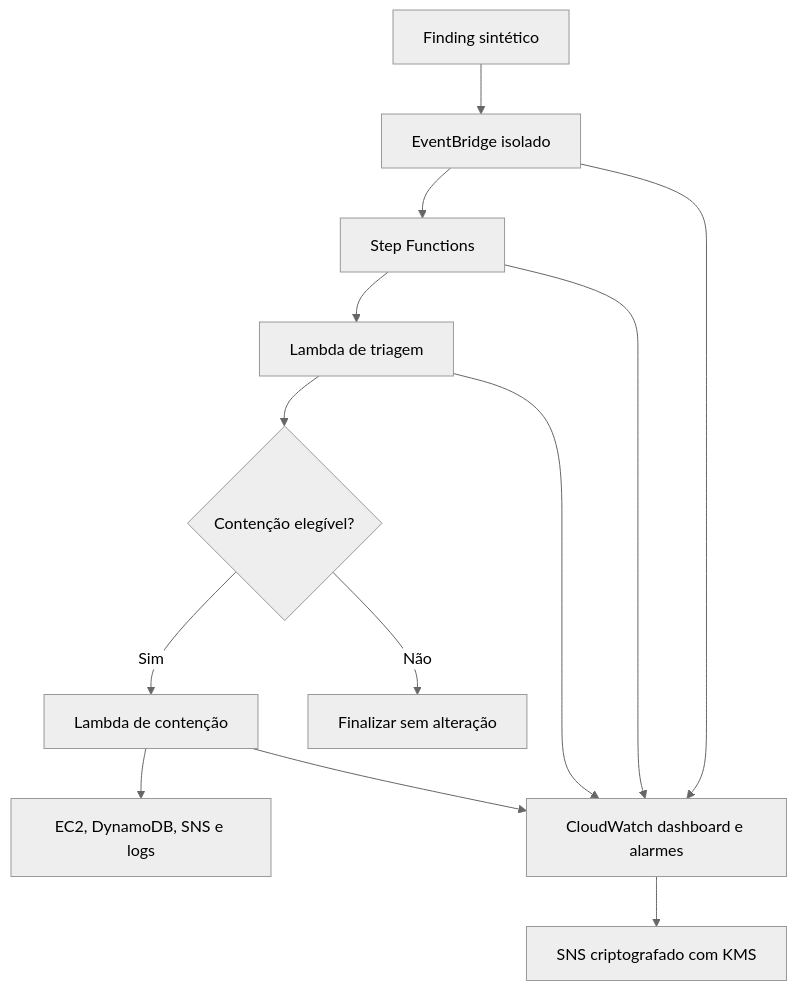
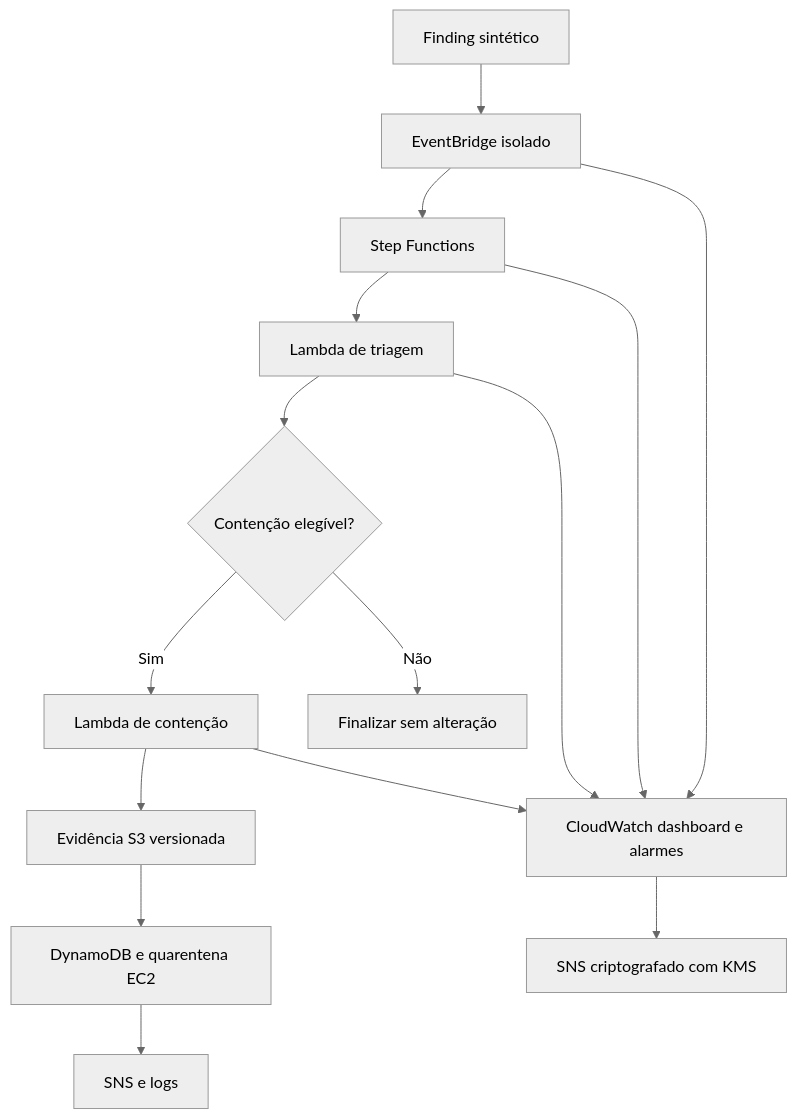
Before and after one commit to salenrod/aws-cloud-ir-automation-lab: the diagram in README.md, drawn with Mermaid (neutral theme). The commit also changed other lines of this file and 7 other files, not shown here.

````diff
--- a/README.md
+++ b/README.md
@@ -40,15 +42,17 @@
 ```mermaid
 flowchart TD
     A["Finding sintético"] --> B["EventBridge isolado"]
     B --> C["Step Functions"]
     C --> D["Lambda de triagem"]
     D --> E{"Contenção elegível?"}
     E -->|Sim| F["Lambda de contenção"]
     E -->|Não| G["Finalizar sem alteração"]
-    F --> H["EC2, DynamoDB, SNS e logs"]
+    F --> H["Evidência S3 versionada"]
+    H --> K["DynamoDB e quarentena EC2"]
+    K --> L["SNS e logs"]
     B --> I["CloudWatch dashboard e alarmes"]
     C --> I
     D --> I
     F --> I
     I --> J["SNS criptografado com KMS"]
 ```
````
